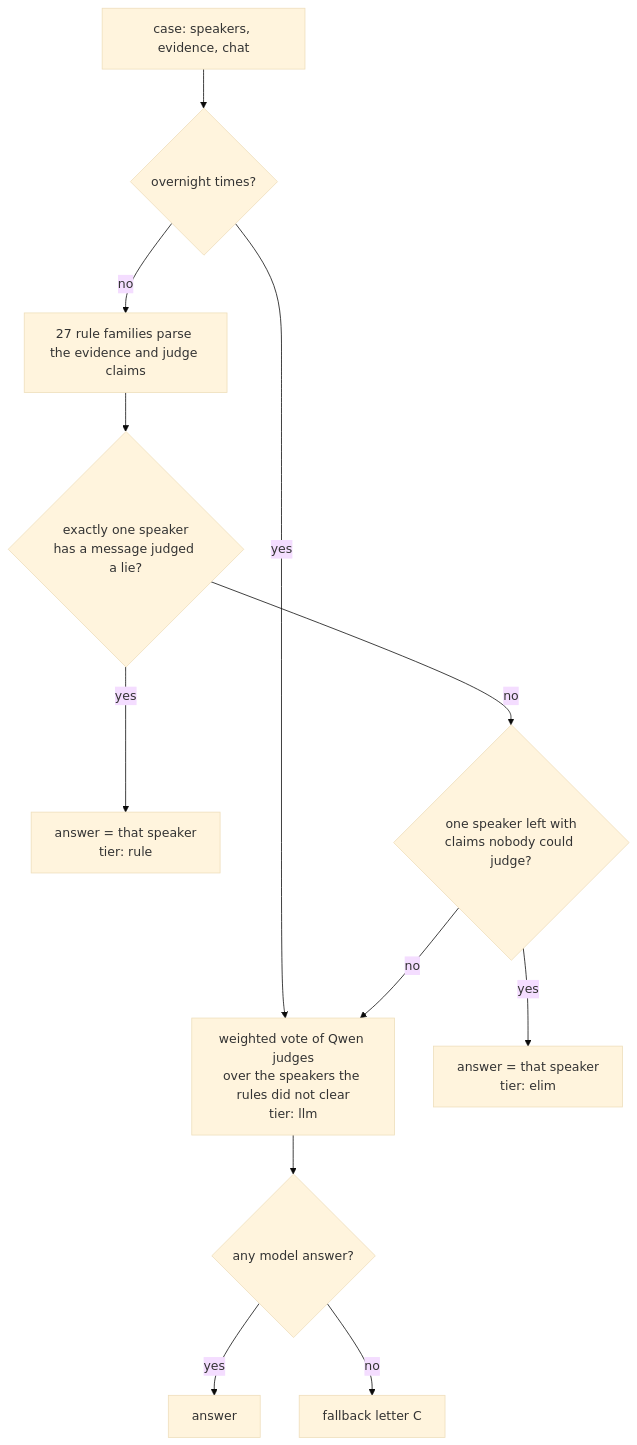
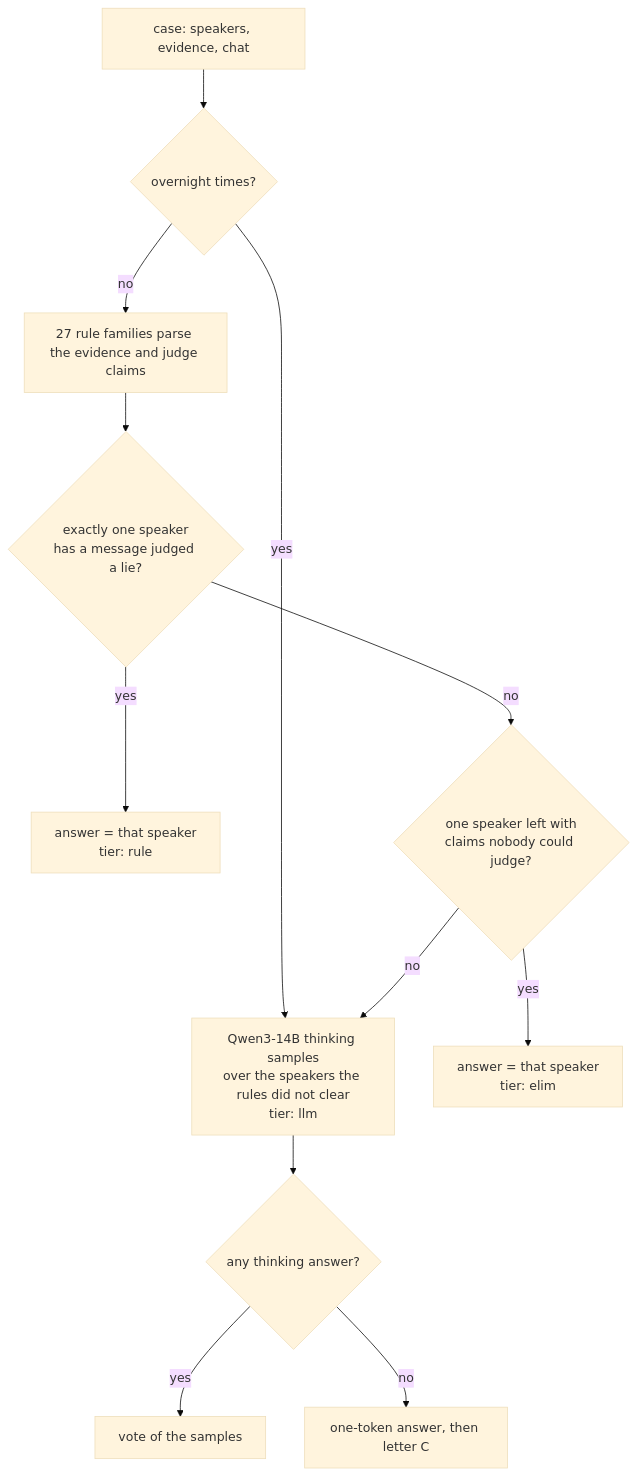
Before and after one commit to Paradox-73/Liars_Chatroom: the diagram in README.md, drawn with Mermaid (base theme). The commit also changed other lines of this file, not shown here.

Commit message:
Rewrite the root README for the final pipeline: rules, then Qwen3-14B thinking on two T4 cards, with the final results and frozen runs

````diff
--- a/README.md
+++ b/README.md
@@ -74,14 +74,14 @@
 ```mermaid
 flowchart TD
     A[case: speakers, evidence, chat] --> B{overnight times?}
     B -- yes --> V
     B -- no --> C[27 rule families parse the evidence and judge claims]
     C --> D{exactly one speaker<br>has a message judged a lie?}
     D -- yes --> R[answer = that speaker<br>tier: rule]
     D -- no --> E{one speaker left with<br>claims nobody could judge?}
     E -- yes --> L[answer = that speaker<br>tier: elim]
-    E -- no --> V[weighted vote of Qwen judges<br>over the speakers the rules did not clear<br>tier: llm]
-    V --> F{any model answer?}
-    F -- yes --> O[answer]
-    F -- no --> G[fallback letter C]
+    E -- no --> V[Qwen3-14B thinking samples<br>over the speakers the rules did not clear<br>tier: llm]
+    V --> F{any thinking answer?}
+    F -- yes --> O[vote of the samples]
+    F -- no --> G[one-token answer, then letter C]
 ```
````
